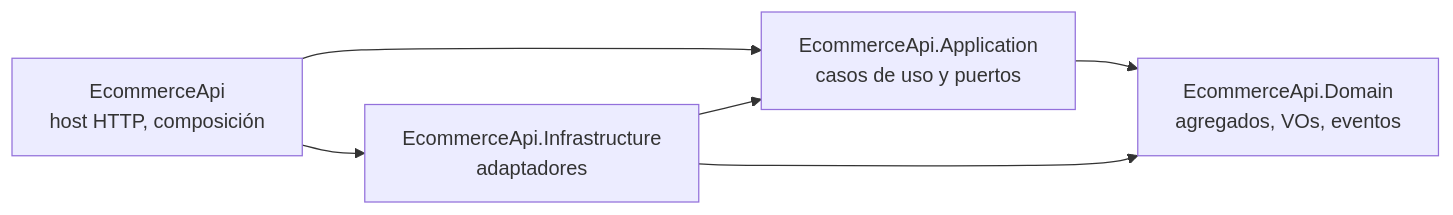
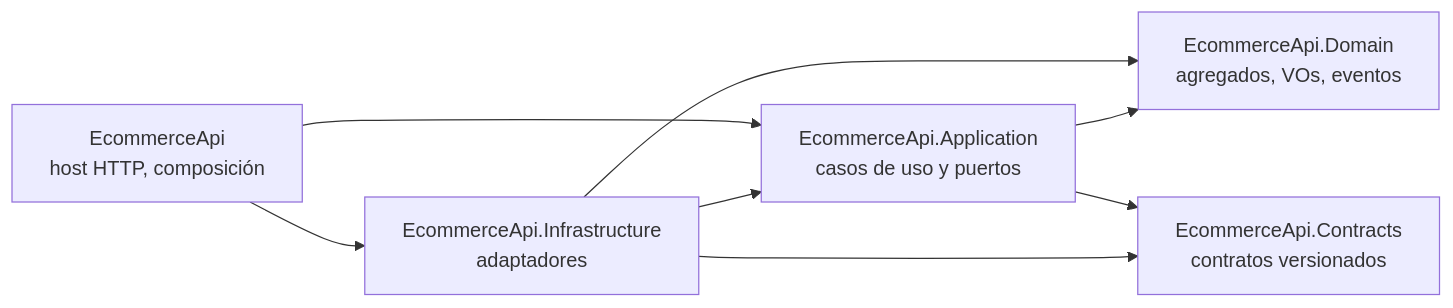
The diagram in docs/adr/0002-capas-y-regla-de-dependencias.md (lanuzalorenzo/lab-api-local-azure), drawn with Mermaid before and after one commit. The commit also changed other lines of this file and 8 other files, not shown here.

````diff
--- a/docs/adr/0002-capas-y-regla-de-dependencias.md
+++ b/docs/adr/0002-capas-y-regla-de-dependencias.md
@@ -23,8 +23,10 @@
 ```mermaid
 flowchart LR
     H[EcommerceApi<br/>host HTTP, composición] --> A[EcommerceApi.Application<br/>casos de uso y puertos]
     H --> I[EcommerceApi.Infrastructure<br/>adaptadores]
     I --> A
     I --> D[EcommerceApi.Domain<br/>agregados, VOs, eventos]
     A --> D
+    A --> C[EcommerceApi.Contracts<br/>contratos versionados]
+    I --> C
 ```
````
